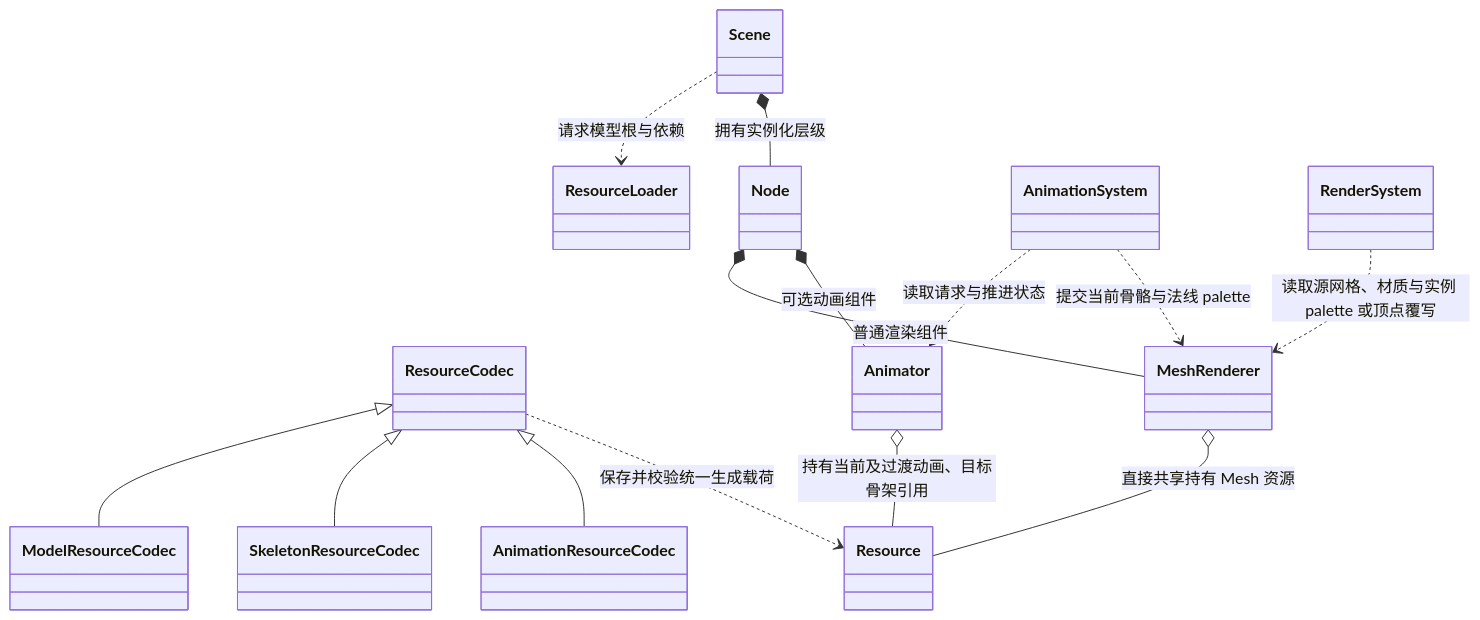
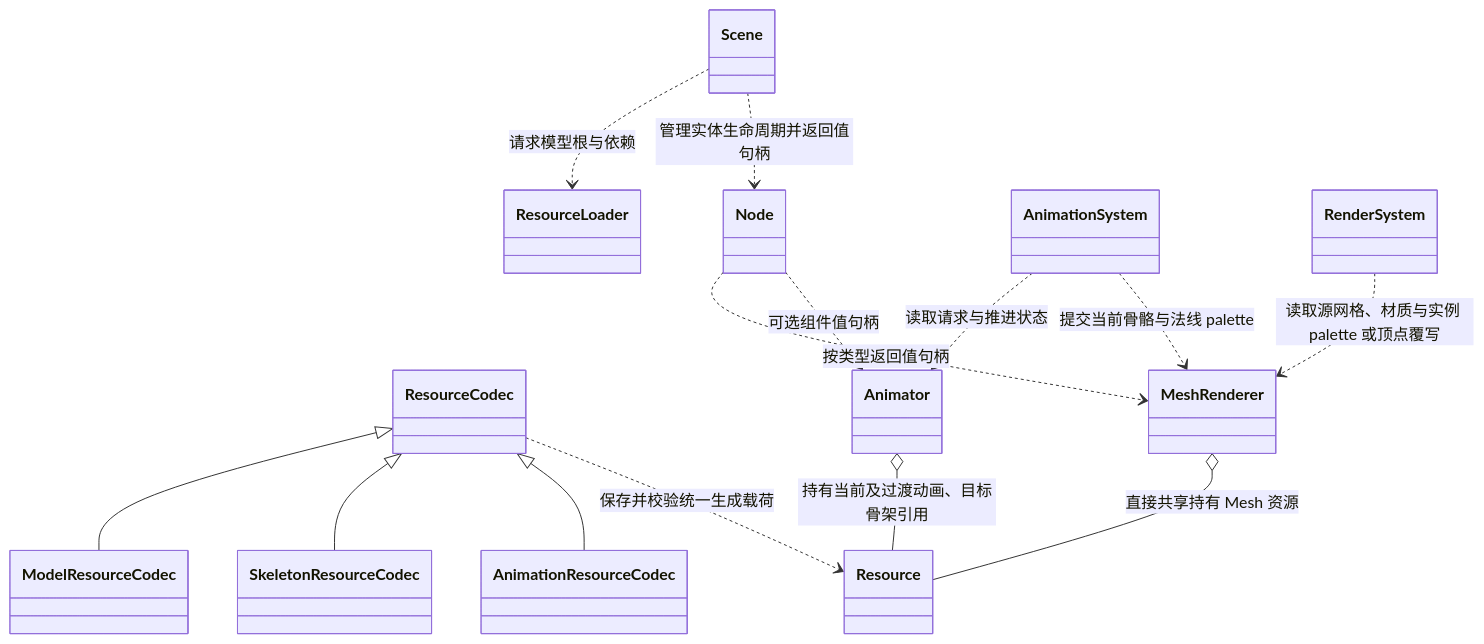
One commit to lcals/Engine changed diagram 34 of 35 in docs/class-diagrams/references.md. Above: the diagram before and after it, drawn with Mermaid. The commit also changed other lines of this file and 291 other files, not shown here.

````diff
--- a/docs/class-diagrams/references.md
+++ b/docs/class-diagrams/references.md
@@ -1070,28 +1075,28 @@
 ```mermaid
 classDiagram
     class ResourceCodec
     class ModelResourceCodec
     class SkeletonResourceCodec
     class AnimationResourceCodec
     class Resource
     class ResourceLoader
     class Scene
     class Node
     class MeshRenderer
     class Animator
     class AnimationSystem
     class RenderSystem
     ResourceCodec <|-- ModelResourceCodec
     ResourceCodec <|-- SkeletonResourceCodec
     ResourceCodec <|-- AnimationResourceCodec
     ResourceCodec ..> Resource : 保存并校验统一生成载荷
     Scene ..> ResourceLoader : 请求模型根与依赖
-    Scene *-- Node : 拥有实例化层级
-    Node *-- MeshRenderer : 普通渲染组件
-    Node *-- Animator : 可选动画组件
+    Scene ..> Node : 管理实体生命周期并返回值句柄
+    Node ..> MeshRenderer : 按类型返回值句柄
+    Node ..> Animator : 可选组件值句柄
     MeshRenderer o-- Resource : 直接共享持有 Mesh 资源
     Animator o-- Resource : 持有当前及过渡动画、目标骨架引用
     AnimationSystem ..> Animator : 读取请求与推进状态
     AnimationSystem ..> MeshRenderer : 提交当前骨骼与法线 palette
     RenderSystem ..> MeshRenderer : 读取源网格、材质与实例 palette 或顶点覆写
 ```
````
